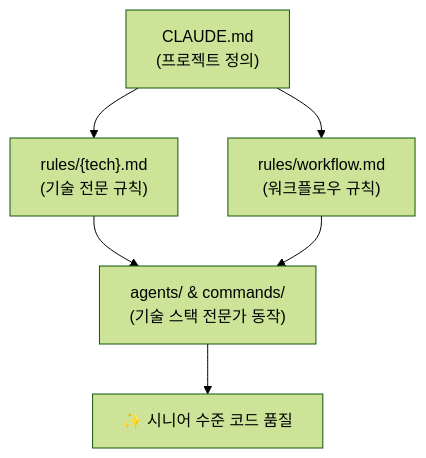
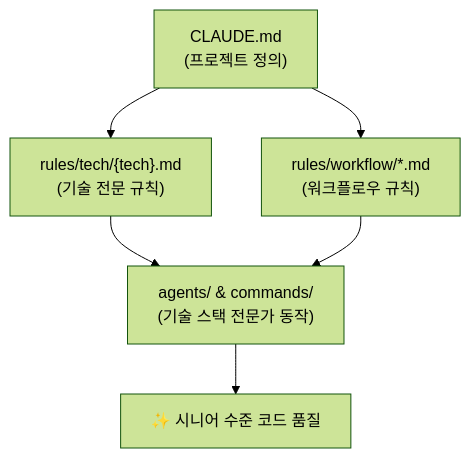
Before and after one commit to khwoo0527/claude-config: the second of 2 diagrams in README.md, drawn with Mermaid (forest theme). The commit also changed other lines of this file and 18 other files, not shown here.

````diff
--- a/README.md
+++ b/README.md
@@ -145,8 +149,8 @@
 ```mermaid
 graph TD
-    A["CLAUDE.md\n(프로젝트 정의)"] --> B["rules/{tech}.md\n(기술 전문 규칙)"]
-    A --> C["rules/workflow.md\n(워크플로우 규칙)"]
+    A["CLAUDE.md\n(프로젝트 정의)"] --> B["rules/tech/{tech}.md\n(기술 전문 규칙)"]
+    A --> C["rules/workflow/*.md\n(워크플로우 규칙)"]
     B --> D["agents/ & commands/\n(기술 스택 전문가 동작)"]
     C --> D
     D --> E["✨ 시니어 수준 코드 품질"]
 ```
````
